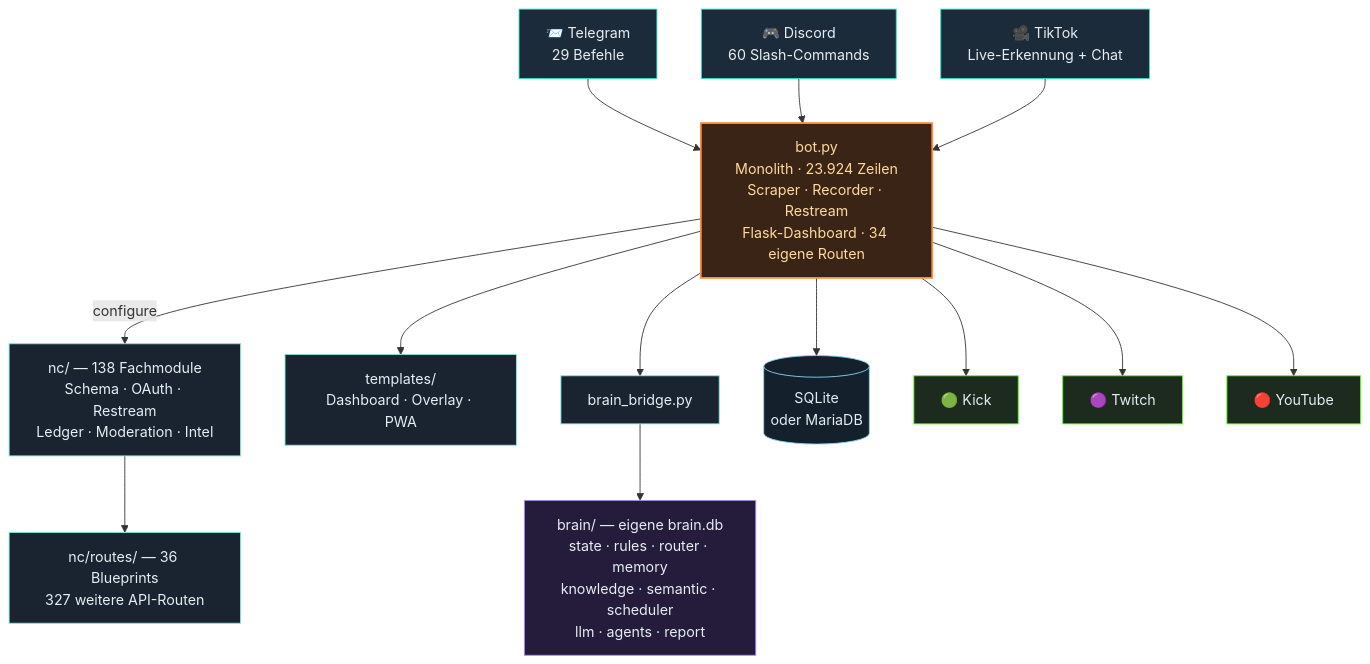
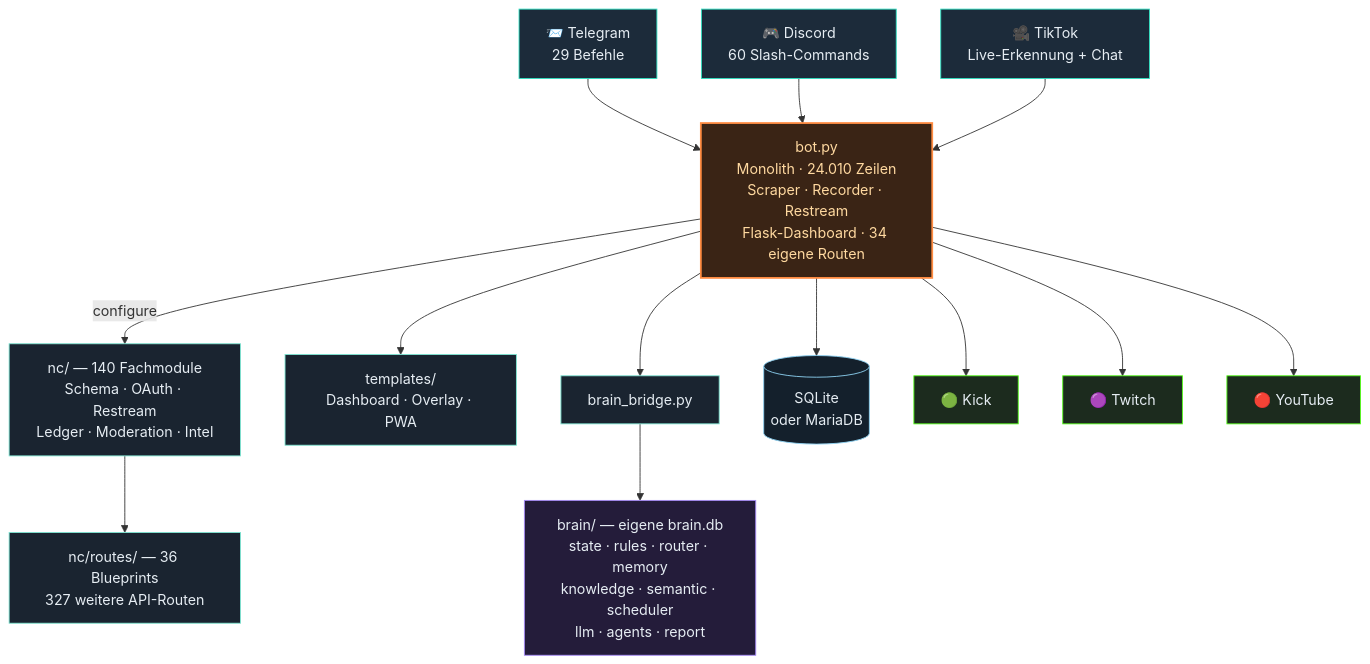
Before and after one commit to itsamemedev/Telegram-Stream-Info-Bot: the third of 4 diagrams in README.md, drawn with Mermaid. The commit also changed other lines of this file and 13 other files, not shown here.

````diff
--- a/README.md
+++ b/README.md
@@ -189,30 +189,30 @@
 ```mermaid
 flowchart TB
     TG["📨 Telegram<br/>29 Befehle"]:::ein
     DC["🎮 Discord<br/>60 Slash-Commands"]:::ein
     TT["🎥 TikTok<br/>Live-Erkennung + Chat"]:::ein
 
     TG --> BOT
     DC --> BOT
     TT --> BOT
 
-    BOT["bot.py<br/>Monolith · 23.924 Zeilen<br/>Scraper · Recorder · Restream<br/>Flask-Dashboard · 34 eigene Routen"]:::core
+    BOT["bot.py<br/>Monolith · 24.010 Zeilen<br/>Scraper · Recorder · Restream<br/>Flask-Dashboard · 34 eigene Routen"]:::core
 
-    BOT -->|configure| NC["nc/ — 138 Fachmodule<br/>Schema · OAuth · Restream<br/>Ledger · Moderation · Intel"]:::lib
+    BOT -->|configure| NC["nc/ — 140 Fachmodule<br/>Schema · OAuth · Restream<br/>Ledger · Moderation · Intel"]:::lib
     NC --> RT["nc/routes/ — 36 Blueprints<br/>327 weitere API-Routen"]:::lib
     BOT --> TPL["templates/<br/>Dashboard · Overlay · PWA"]:::lib
     BOT --> BR["brain_bridge.py"]:::lib
     BR --> BRAIN["brain/ — eigene brain.db<br/>state · rules · router · memory<br/>knowledge · semantic · scheduler<br/>llm · agents · report"]:::brain
     BOT --> DB[("SQLite<br/>oder MariaDB")]:::db
 
     BOT --> KICK["🟢 Kick"]:::out
     BOT --> TW["🟣 Twitch"]:::out
     BOT --> YT["🔴 YouTube"]:::out
 
     classDef ein fill:#1c2b3a,stroke:#2de1c2,color:#e6edf3
     classDef core fill:#3a2415,stroke:#ff8c42,stroke-width:2px,color:#ffd9a0
     classDef lib fill:#1a2430,stroke:#7fe7d4,color:#e6edf3
     classDef brain fill:#241c3a,stroke:#a78bfa,color:#e6edf3
     classDef db fill:#14202c,stroke:#8fd3f4,color:#e6edf3
     classDef out fill:#1c2b1e,stroke:#53fc18,color:#e6edf3
 ```
````
